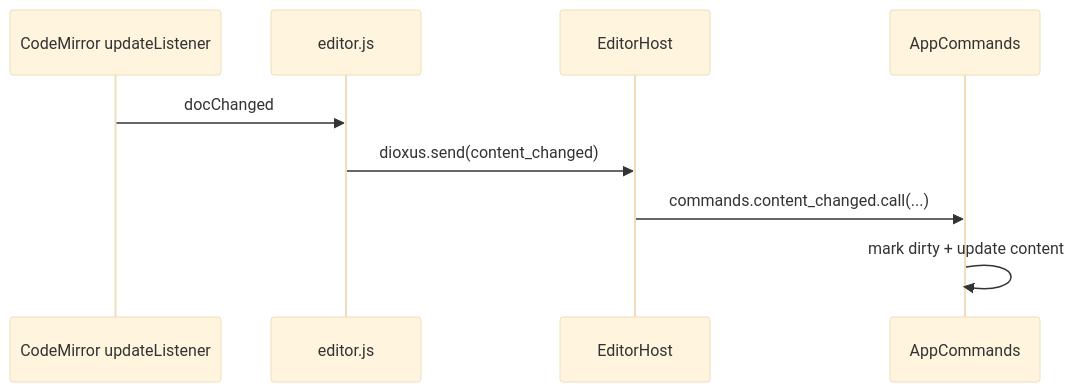
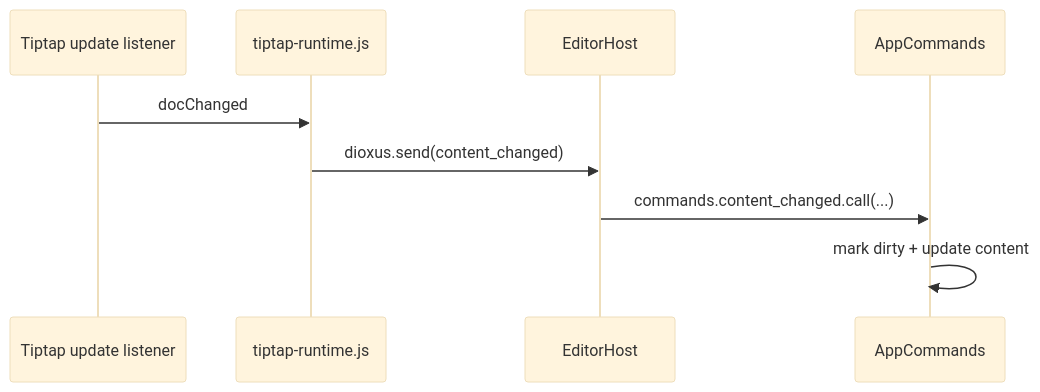
One commit to Youzi2233/papyro changed the seventh of 8 diagrams in docs/architecture.md. Above: the diagram before and after it, drawn with Mermaid (base theme). The commit also changed other lines of this file and 25 other files, not shown here.

````diff
--- a/docs/architecture.md
+++ b/docs/architecture.md
@@ -560,12 +562,12 @@
 ```mermaid
 sequenceDiagram
-    participant CM as CodeMirror updateListener
-    participant JS as editor.js
+    participant TT as Tiptap update listener
+    participant JS as tiptap-runtime.js
     participant Rust as EditorHost
     participant App as AppCommands
 
-    CM->>JS: docChanged
+    TT->>JS: docChanged
     JS->>Rust: dioxus.send(content_changed)
     Rust->>App: commands.content_changed.call(...)
     App->>App: mark dirty + update content
 ```
````
